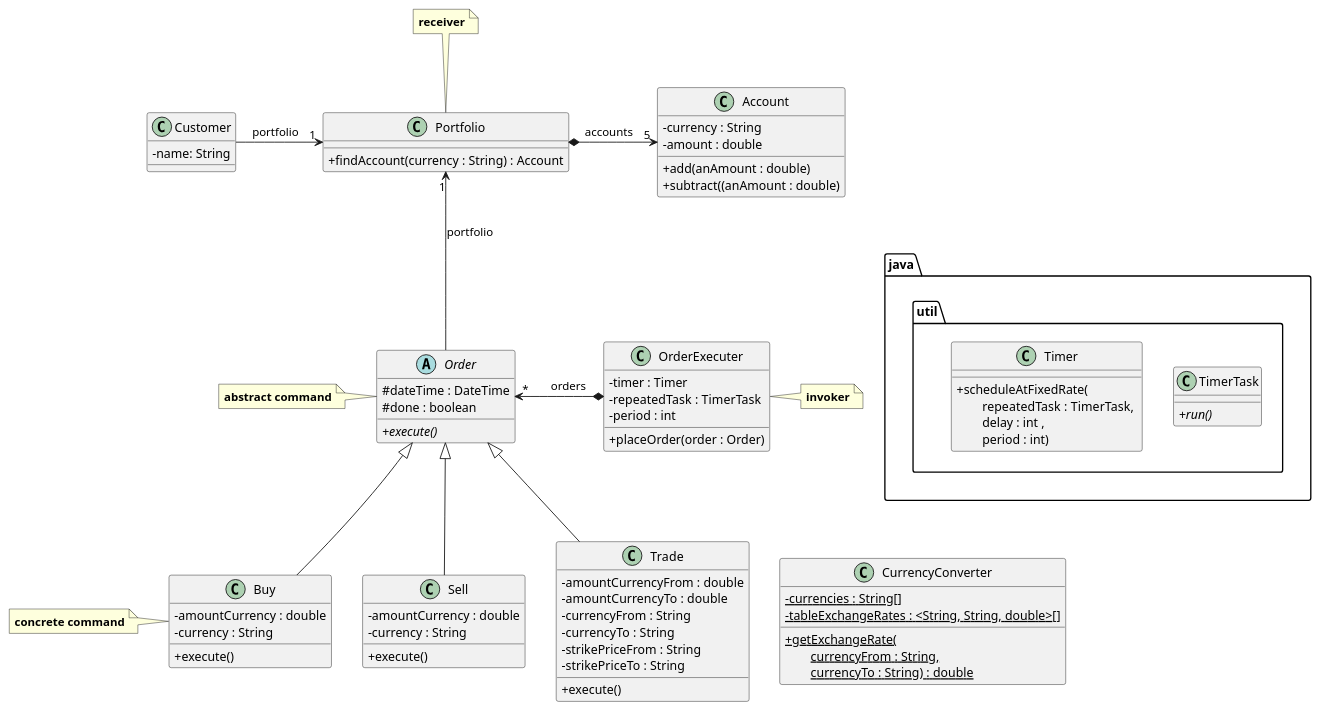
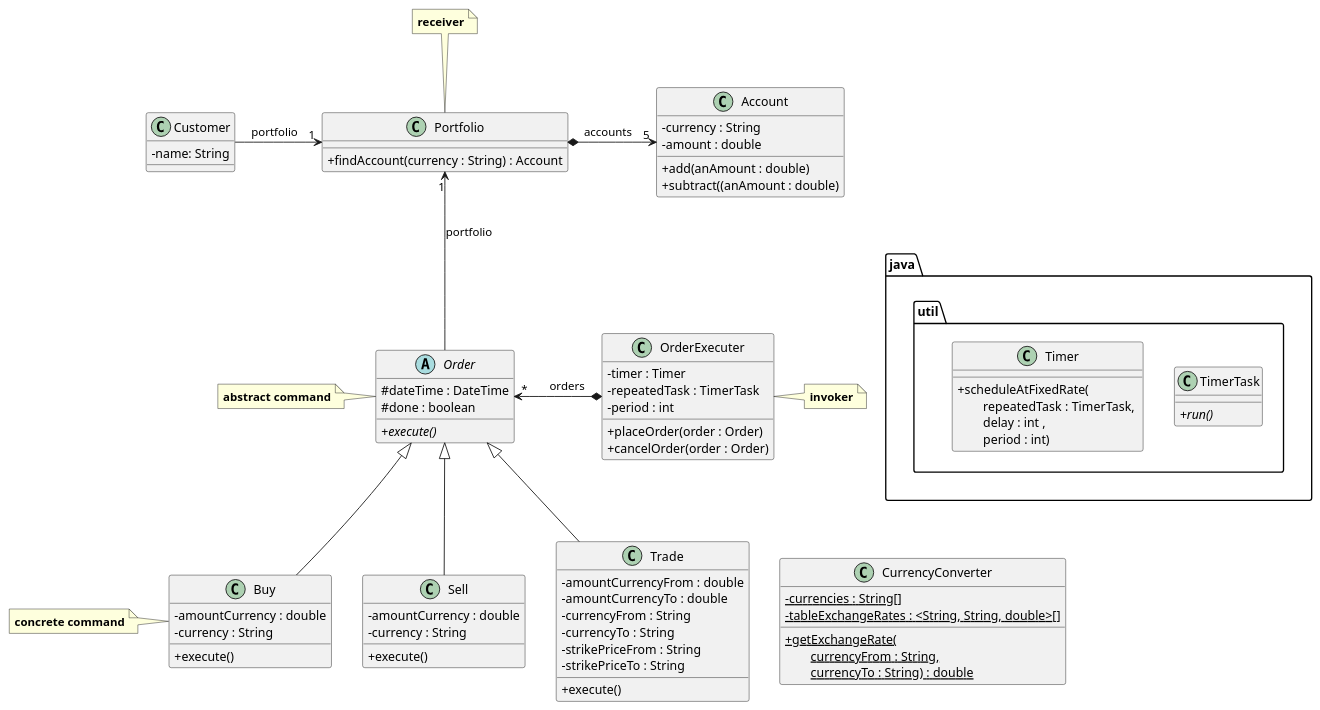
The diagram in src/currency.puml (disseny-de-software/codi_currency), drawn with PlantUML before and after one commit. The commit also changed 2 other files, not shown here.

```diff
--- a/src/currency.puml
+++ b/src/currency.puml
@@ -1,102 +1,103 @@
 @startuml
 skinparam classAttributeIconSize 0
 
 class Customer {
 - name: String
 }
 
 class Portfolio {
 + findAccount(currency : String) : Account
 }
 
 Customer -right-> "1" Portfolio : "portfolio   "
 
 class Account {
 - currency : String
 - amount : double
 + add(anAmount : double)
 + subtract((anAmount : double)
 }
 
 Portfolio *-right-> "5" Account : "accounts   "
 
 abstract class Order {
 # dateTime : DateTime
 # done : boolean
 + {abstract} execute()
 }
 
 Order -up-> "1" Portfolio : "portfolio"
 
 class Buy extends Order {
 - amountCurrency : double
 - currency : String
 + execute()
 }
 
 class Sell extends Order {
 - amountCurrency : double
 - currency : String
 + execute()
 }
 
 class Trade extends Order {
 - amountCurrencyFrom : double
 - amountCurrencyTo : double
 - currencyFrom : String
 - currencyTo : String
 - strikePriceFrom : String
 - strikePriceTo : String
 + execute()
 }
 
 package java.util {
 class TimerTask {
 + {abstract} run()
 }
 class Timer {
 + scheduleAtFixedRate(\n\trepeatedTask : TimerTask, \n\tdelay : int , \n\tperiod : int)
 }
 }
 'Timer -[hidden]down- TimerTask
 
 java.util -[hidden]right-> OrderExecuter
 
 class OrderExecuter {
 - timer : Timer
 - repeatedTask : TimerTask
 - period : int
 + placeOrder(order : Order)
++ cancelOrder(order : Order)
 }
 
 OrderExecuter *--left--> "*" Order : "      orders"
 
 class CurrencyConverter {
 - {static} currencies : String[]
 - {static} tableExchangeRates : <String, String, double>[]
 + {static} getExchangeRate(\n\tcurrencyFrom : String, \n\tcurrencyTo : String) : double
 }
 
 CurrencyConverter -[hidden]left- Buy
 CurrencyConverter -[hidden]left- Sell
 CurrencyConverter -[hidden]left- Trade
 Buy -[hidden]right- Sell
 java.util -[hidden]down- CurrencyConverter
 
 note right of OrderExecuter
 **invoker**
 end note
 
 note left of Order
 **abstract command**
 end note
 
 note left of Buy
 **concrete command**
 end note
 
 note top of Portfolio
 **receiver**
 end note
 
 @enduml
```
